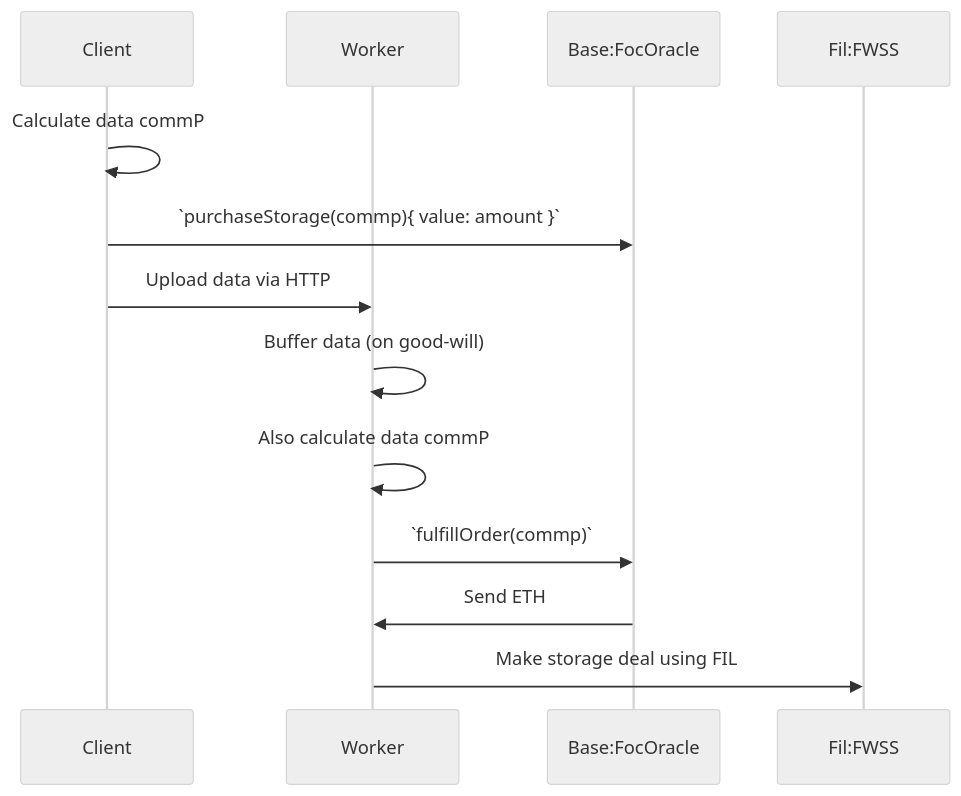
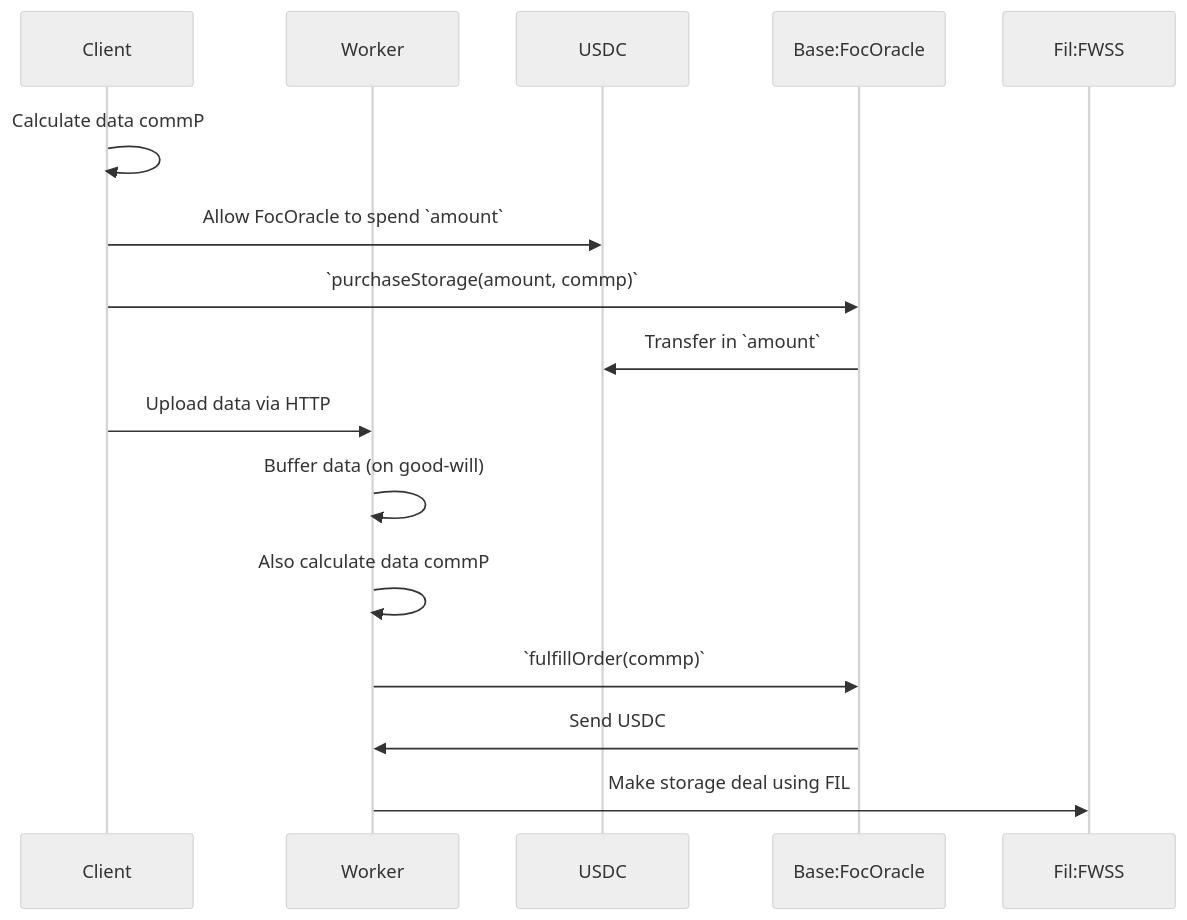
The diagram in README.md (juliangruber/foc-on-base), drawn with Mermaid (neutral theme) before and after one commit. The commit also changed 14 other files, not shown here.

````diff
--- a/README.md
+++ b/README.md
@@ -36,15 +36,18 @@
 ```mermaid
 sequenceDiagram
   participant client as Client
   participant worker as Worker
+  participant usdc as USDC
   participant contract as Base:FocOracle
   participant fwss as Fil:FWSS
   client->>client: Calculate data commP
-  client->>contract: `purchaseStorage(commp){ value: amount }`
+  client->>usdc: Allow FocOracle to spend `amount`
+  client->>contract: `purchaseStorage(amount, commp)`
+  contract->>usdc: Transfer in `amount`
   client->>worker: Upload data via HTTP
   worker->>worker: Buffer data (on good-will)
   worker->>worker: Also calculate data commP
   worker->>contract: `fulfillOrder(commp)`
-  contract->>worker: Send ETH
+  contract->>worker: Send USDC
   worker->>fwss: Make storage deal using FIL
 ```
````
